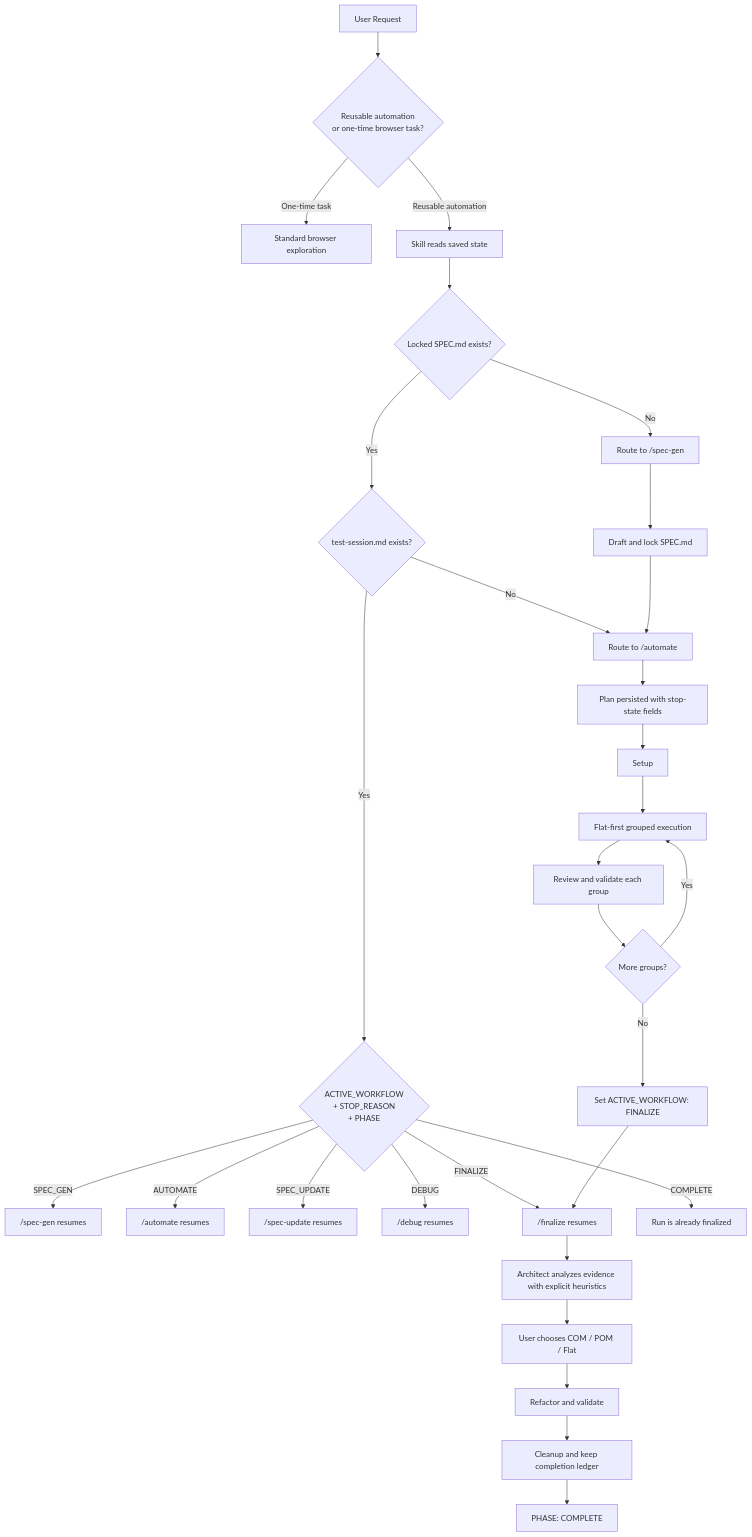
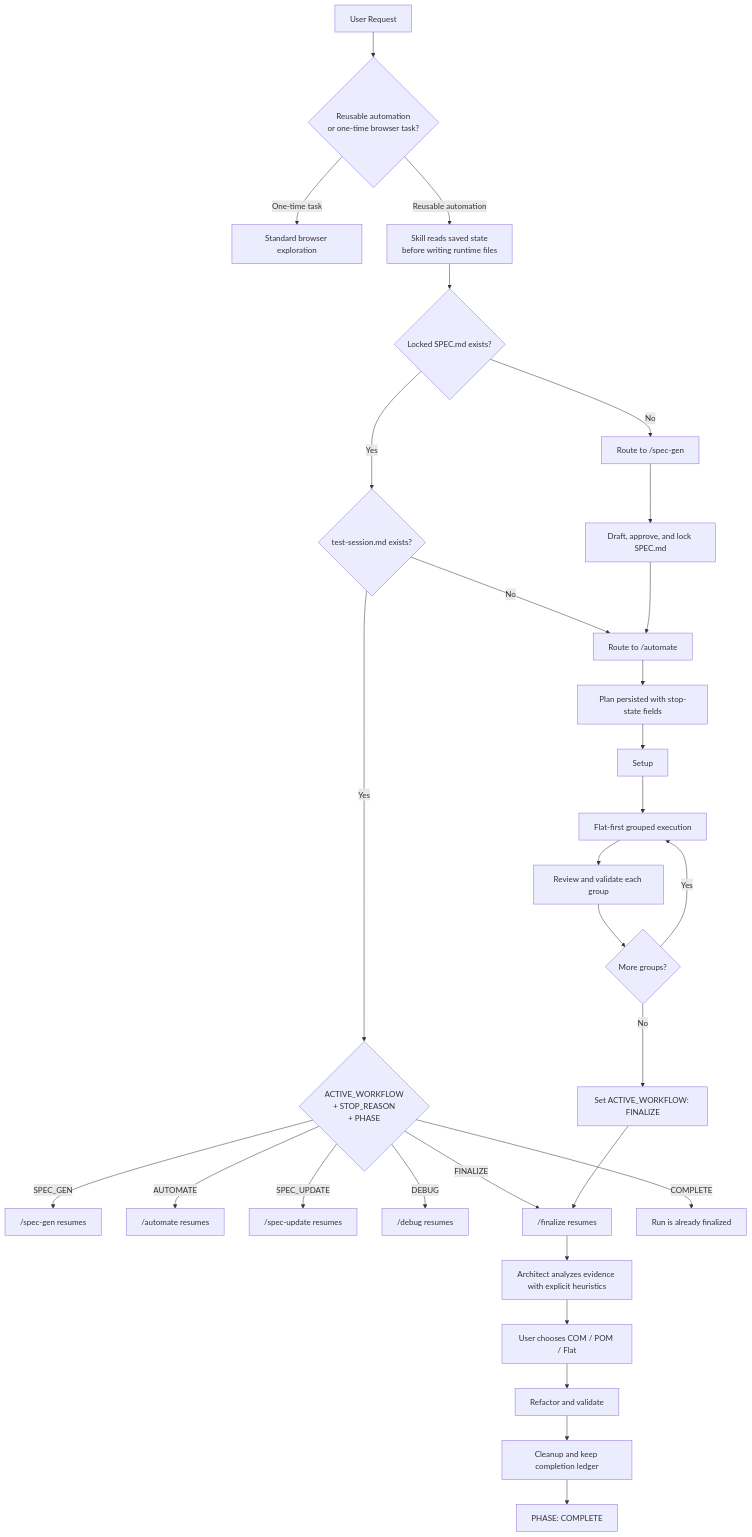
Before and after one commit to Sreenuraj/PostQodeCollections: the first of 12 diagrams in web-automation-pro-4/WORKFLOW-DIAGRAMS.md, drawn with Mermaid. The commit also changed other lines of this file and 6 other files, not shown here.

````diff
--- a/web-automation-pro-4/WORKFLOW-DIAGRAMS.md
+++ b/web-automation-pro-4/WORKFLOW-DIAGRAMS.md
@@ -16,38 +16,38 @@
 ```mermaid
 flowchart TD
     A["User Request"] --> B{"Reusable automation<br/>or one-time browser task?"}
     B -->|One-time task| C["Standard browser exploration"]
-    B -->|Reusable automation| D["Skill reads saved state"]
+    B -->|Reusable automation| D["Skill reads saved state<br/>before writing runtime files"]
 
     D --> E{"Locked SPEC.md exists?"}
     E -->|No| F["Route to /spec-gen"]
     E -->|Yes| G{"test-session.md exists?"}
 
     G -->|No| H["Route to /automate"]
     G -->|Yes| I{"ACTIVE_WORKFLOW<br/>+ STOP_REASON<br/>+ PHASE"}
 
     I -->|SPEC_GEN| J["/spec-gen resumes"]
     I -->|AUTOMATE| K["/automate resumes"]
     I -->|SPEC_UPDATE| L["/spec-update resumes"]
     I -->|DEBUG| M["/debug resumes"]
     I -->|FINALIZE| N["/finalize resumes"]
     I -->|COMPLETE| O["Run is already finalized"]
 
-    F --> P["Draft and lock SPEC.md"]
+    F --> P["Draft, approve, and lock SPEC.md"]
     P --> H
 
     H --> Q["Plan persisted with stop-state fields"]
     Q --> R["Setup"]
     R --> S["Flat-first grouped execution"]
     S --> T["Review and validate each group"]
     T --> U{"More groups?"}
     U -->|Yes| S
     U -->|No| V["Set ACTIVE_WORKFLOW: FINALIZE"]
     V --> N
 
     N --> W["Architect analyzes evidence with explicit heuristics"]
     W --> X["User chooses COM / POM / Flat"]
     X --> Y["Refactor and validate"]
     Y --> Z["Cleanup and keep completion ledger"]
     Z --> AA["PHASE: COMPLETE"]
 ```
````
